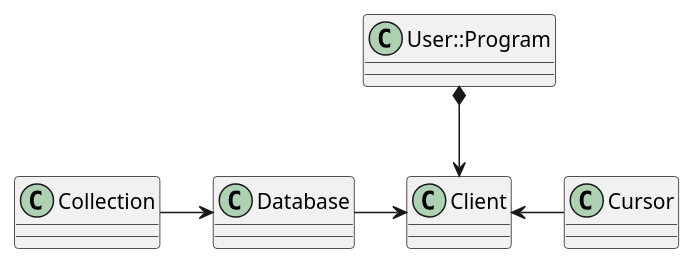
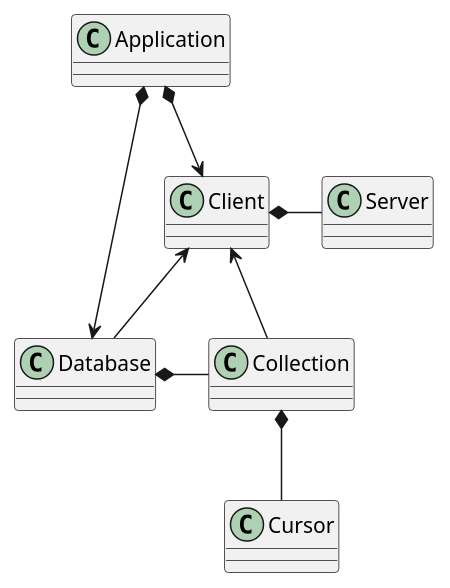
Before and after one commit to MARTIMM/raku-mongodb-driver: the first of 5 diagrams in doc/Design/Design-software.md, drawn with PlantUML. The commit also changed other lines of this file, not shown here.

````diff
--- a/doc/Design/Design-software.md
+++ b/doc/Design/Design-software.md
@@ -14,32 +14,23 @@
 ```plantuml
-class UP as "User::Program"
+class Application
 
-class Cl as "Client" {
-}
-
-class Da as "Database" {
-}
-
-class Co as "Collection" {
-}
-
-class Cu as "Cursor" {
-}
-
+class Client
+class Database
+class Collection
+class Cursor
+class Server
 'class W as "Wire" {}
 
-'class S as "Server" {}
+Application *--> Client
+Client *- Server
+Application *--> Database
+Client <-- Database
+Database *- Collection
+Client <-- Collection
+'Collection --> W
+Collection *-- Cursor
 
-
-UP *--> Cl
-'Cl *--> S
-'S --> Cl
-Da -> Cl
-Co -> Da
-'Co --> W
-'W -> S
-
-Cl <- Cu
-'S <-- Cu
+'Server <-- Cursor
+'W -> Server
 
 ```
````
